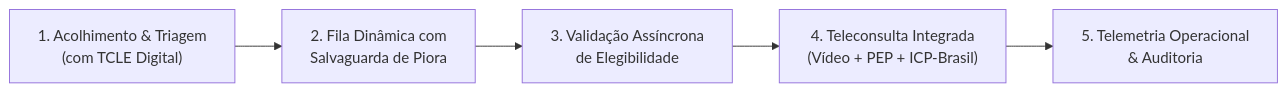
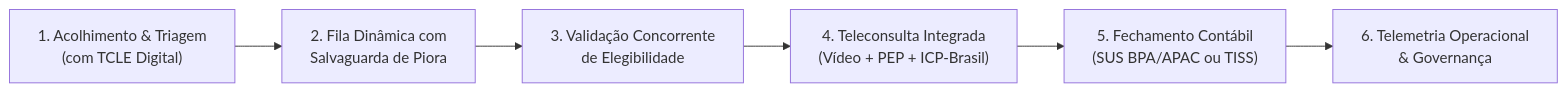
Before and after one commit to Rafaelp122/medisync: the first of 2 diagrams in docs/explanation/business-vision.md, drawn with Mermaid. The commit also changed other lines of this file and 17 other files, not shown here.

````diff
--- a/docs/explanation/business-vision.md
+++ b/docs/explanation/business-vision.md
@@ -24,7 +24,8 @@
 ```mermaid
 flowchart LR
     A["1. Acolhimento & Triagem<br/>(com TCLE Digital)"] --> B["2. Fila Dinâmica com<br/>Salvaguarda de Piora"]
-    B --> C["3. Validação Assíncrona<br/>de Elegibilidade"]
+    B --> C["3. Validação Concorrente<br/>de Elegibilidade"]
     C --> D["4. Teleconsulta Integrada<br/>(Vídeo + PEP + ICP-Brasil)"]
-    D --> E["5. Telemetria Operacional<br/>& Auditoria"]
+    D --> E["5. Fechamento Contábil<br/>(SUS BPA/APAC ou TISS)"]
+    E --> F["6. Telemetria Operacional<br/>& Governança"]
 ```
````
